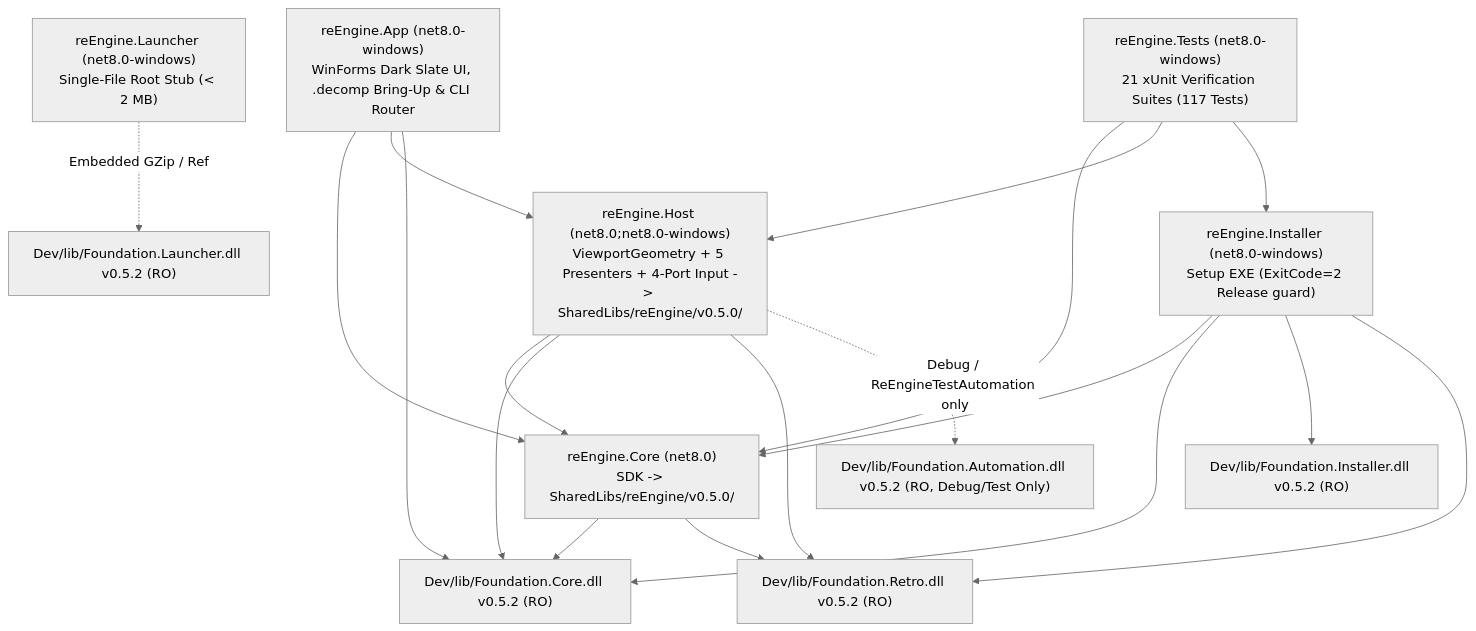
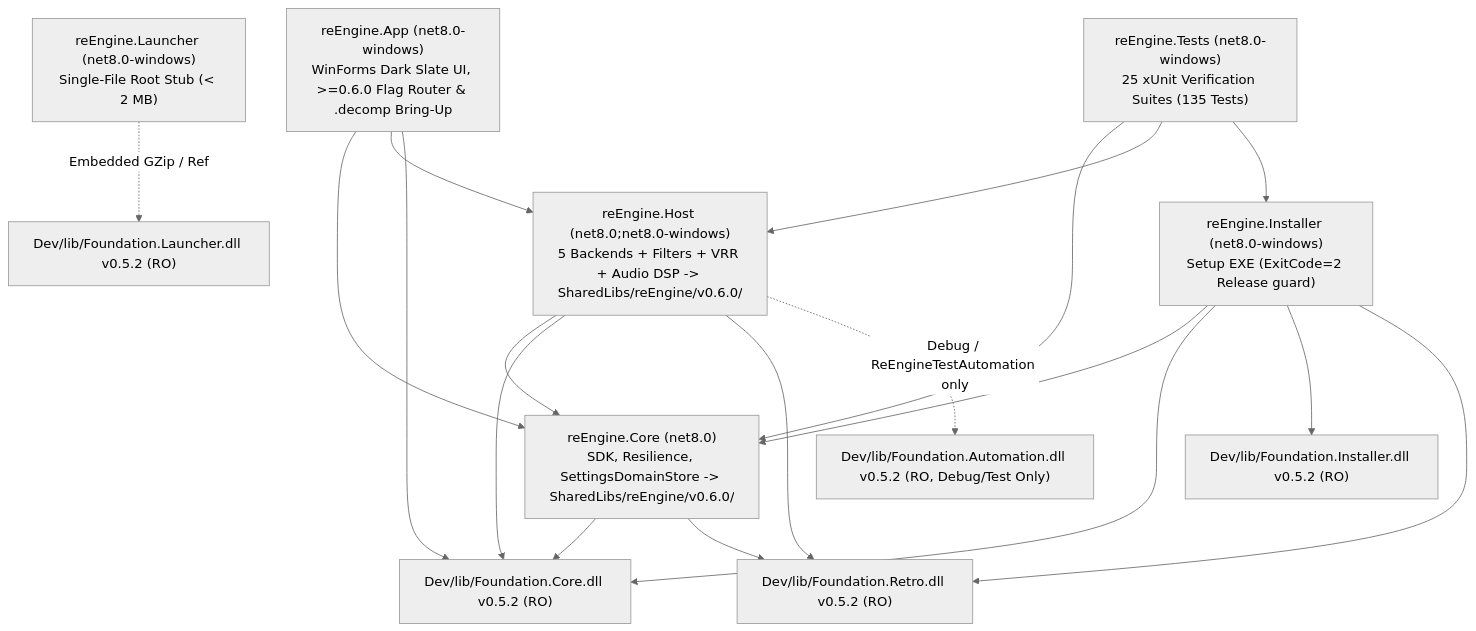
The second of 2 diagrams in Dev/docs/ARCHITECTURE.md (StreamItAllGit/reEngine), drawn with Mermaid (neutral theme) before and after one commit. The commit also changed other lines of this file and 31 other files, not shown here.

Commit message:
v0.6.0: execution resilience, display/VRR/filters, F12 capture, audio DSP & Stage 2 verification

````diff
--- a/Dev/docs/ARCHITECTURE.md
+++ b/Dev/docs/ARCHITECTURE.md
@@ -43,33 +43,33 @@
 ```mermaid
 graph TD
     FC["Dev/lib/Foundation.Core.dll v0.5.2 (RO)"]
     FR["Dev/lib/Foundation.Retro.dll v0.5.2 (RO)"]
     FI["Dev/lib/Foundation.Installer.dll v0.5.2 (RO)"]
     FL["Dev/lib/Foundation.Launcher.dll v0.5.2 (RO)"]
     FA["Dev/lib/Foundation.Automation.dll v0.5.2 (RO, Debug/Test Only)"]
 
-    Core["reEngine.Core (net8.0)\nSDK -> SharedLibs/reEngine/v0.5.0/"]
-    Host["reEngine.Host (net8.0;net8.0-windows)\nViewportGeometry + 5 Presenters + 4-Port Input -> SharedLibs/reEngine/v0.5.0/"]
-    App["reEngine.App (net8.0-windows)\nWinForms Dark Slate UI, .decomp Bring-Up & CLI Router"]
+    Core["reEngine.Core (net8.0)\nSDK, Resilience, SettingsDomainStore -> SharedLibs/reEngine/v0.6.0/"]
+    Host["reEngine.Host (net8.0;net8.0-windows)\n5 Backends + Filters + VRR + Audio DSP -> SharedLibs/reEngine/v0.6.0/"]
+    App["reEngine.App (net8.0-windows)\nWinForms Dark Slate UI, >=0.6.0 Flag Router & .decomp Bring-Up"]
     Launcher["reEngine.Launcher (net8.0-windows)\nSingle-File Root Stub (< 2 MB)"]
     Setup["reEngine.Installer (net8.0-windows)\nSetup EXE (ExitCode=2 Release guard)"]
-    Tests["reEngine.Tests (net8.0-windows)\n21 xUnit Verification Suites (117 Tests)"]
+    Tests["reEngine.Tests (net8.0-windows)\n25 xUnit Verification Suites (135 Tests)"]
 
     Core --> FC
     Core --> FR
     Host --> Core
     Host --> FC
     Host --> FR
     Host -.->|Debug / ReEngineTestAutomation only| FA
     App --> Core
     App --> Host
     App --> FC
     Setup --> Core
     Setup --> FC
     Setup --> FI
     Setup --> FR
     Launcher -.->|Embedded GZip / Ref| FL
     Tests --> Core
     Tests --> Host
     Tests --> Setup
 ```
````
